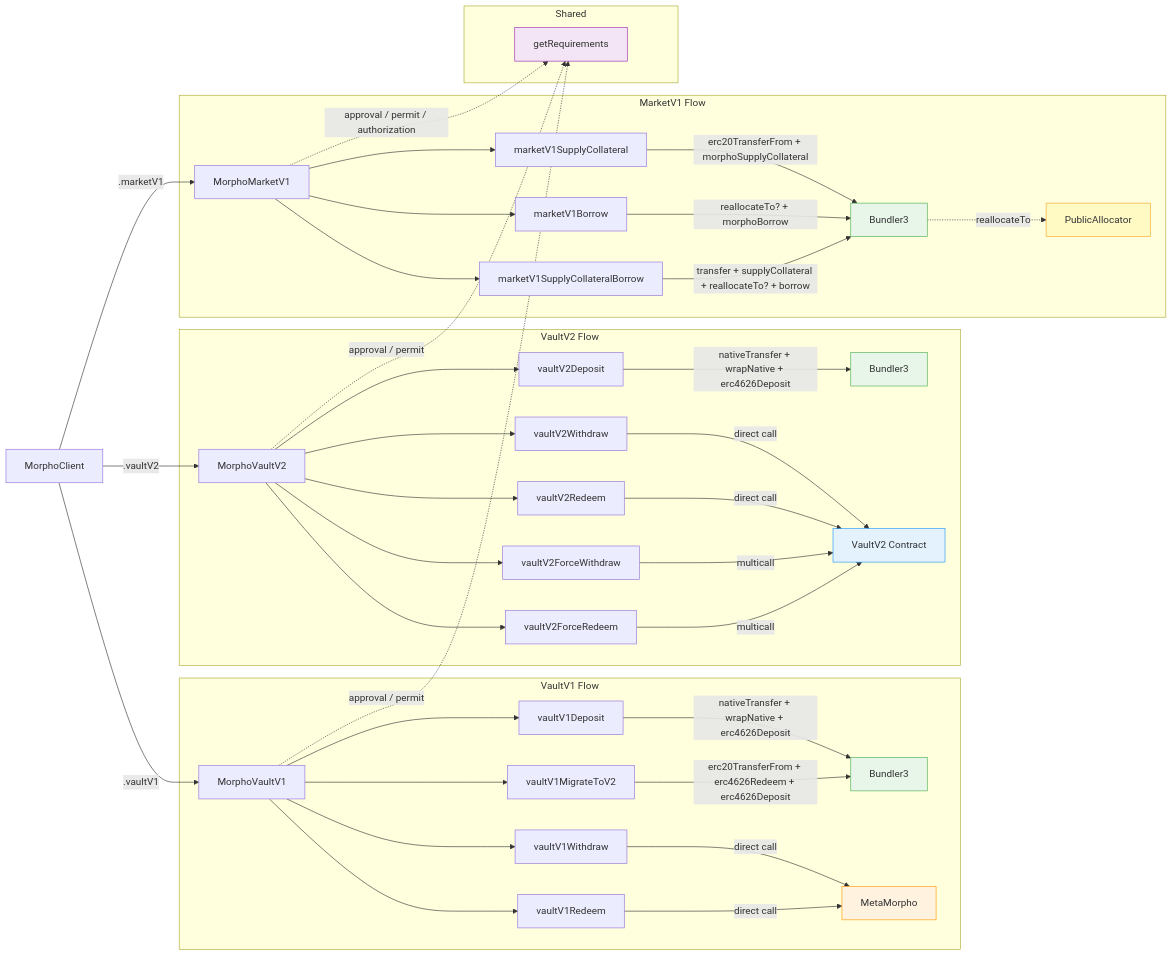
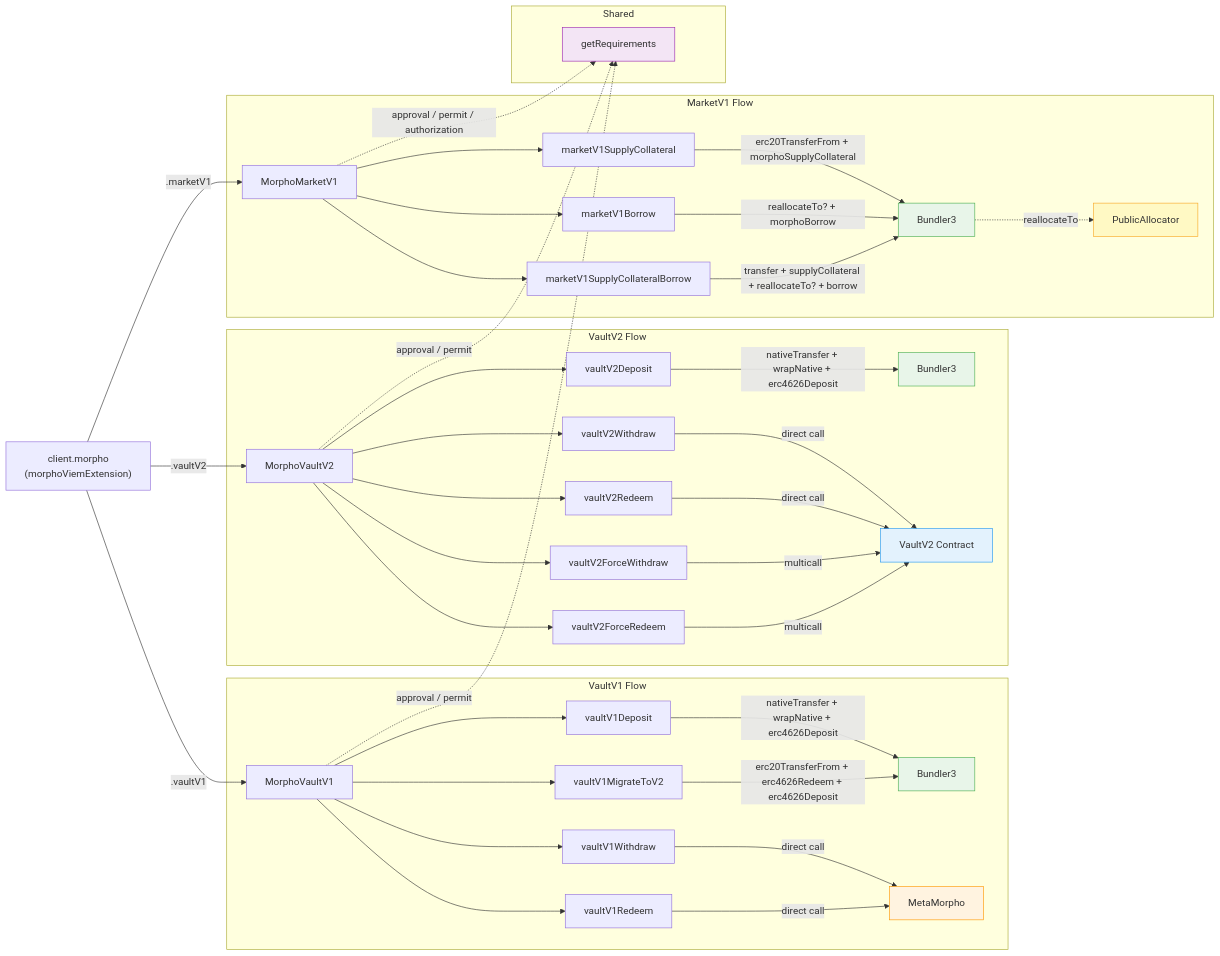
The diagram in packages/morpho-sdk/README.md (morpho-org/sdks), drawn with Mermaid before and after one commit. The commit also changed other lines of this file, not shown here.

First line of the commit message:
docs(morpho-sdk): replace MorphoClient with morphoViemExtension in README

````diff
--- a/packages/morpho-sdk/README.md
+++ b/packages/morpho-sdk/README.md
@@ -407,66 +408,66 @@
 ```mermaid
 graph LR
-    MC[MorphoClient]
+    MC["client.morpho<br/>(morphoViemExtension)"]
 
     MC -->|.vaultV1| MV1
     MC -->|.vaultV2| MV2
     MC -->|.marketV1| MM1
 
     subgraph VaultV1 Flow
         MV1[MorphoVaultV1]
         MV1 --> V1D[vaultV1Deposit]
         MV1 --> V1W[vaultV1Withdraw]
         MV1 --> V1R[vaultV1Redeem]
         MV1 --> V1M[vaultV1MigrateToV2]
 
         V1D -->|nativeTransfer + wrapNative + erc4626Deposit| B1[Bundler3]
         V1W -->|direct call| MM[MetaMorpho]
         V1R -->|direct call| MM
         V1M -->|erc20TransferFrom + erc4626Redeem + erc4626Deposit| B1
     end
 
     subgraph VaultV2 Flow
         MV2[MorphoVaultV2]
         MV2 --> V2D[vaultV2Deposit]
         MV2 --> V2W[vaultV2Withdraw]
         MV2 --> V2R[vaultV2Redeem]
         MV2 --> V2FW[vaultV2ForceWithdraw]
         MV2 --> V2FR[vaultV2ForceRedeem]
 
         V2D -->|nativeTransfer + wrapNative + erc4626Deposit| B2[Bundler3]
         V2W -->|direct call| V2C[VaultV2 Contract]
         V2R -->|direct call| V2C
         V2FW -->|multicall| V2C
         V2FR -->|multicall| V2C
     end
 
     subgraph MarketV1 Flow
         MM1[MorphoMarketV1]
         MM1 --> M1SC[marketV1SupplyCollateral]
         MM1 --> M1B[marketV1Borrow]
         MM1 --> M1SCB[marketV1SupplyCollateralBorrow]
 
         M1SC -->|erc20TransferFrom + morphoSupplyCollateral| B3[Bundler3]
         M1B -->|reallocateTo? + morphoBorrow| B3
         M1SCB -->|transfer + supplyCollateral + reallocateTo? + borrow| B3
 
         B3 -.->|reallocateTo| PA[PublicAllocator]
     end
 
 
     subgraph Shared
         REQ[getRequirements]
     end
 
     MV1 -.->|approval / permit| REQ
     MV2 -.->|approval / permit| REQ
     MM1 -.->|approval / permit / authorization| REQ
 
     style B1 fill:#e8f5e9,stroke:#4caf50
     style B2 fill:#e8f5e9,stroke:#4caf50
     style B3 fill:#e8f5e9,stroke:#4caf50
     style MM fill:#fff3e0,stroke:#ff9800
     style V2C fill:#e3f2fd,stroke:#2196f3
     style REQ fill:#f3e5f5,stroke:#9c27b0
     style PA fill:#fff9c4,stroke:#f9a825
 ```
````
